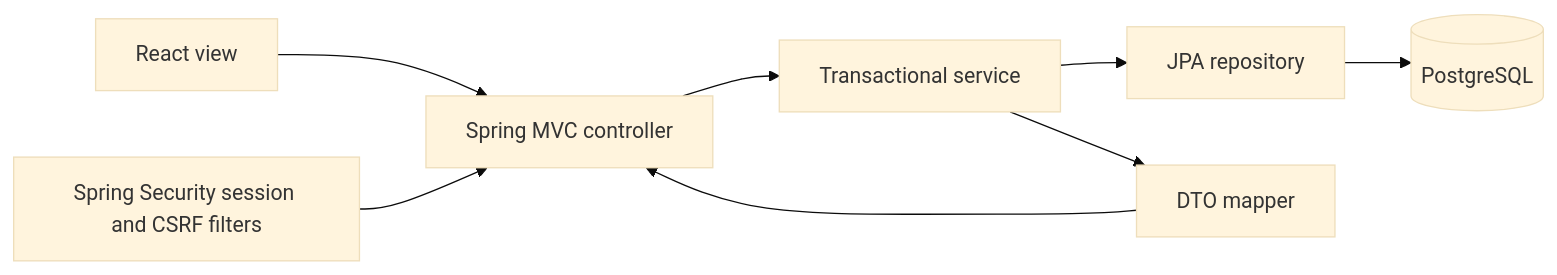
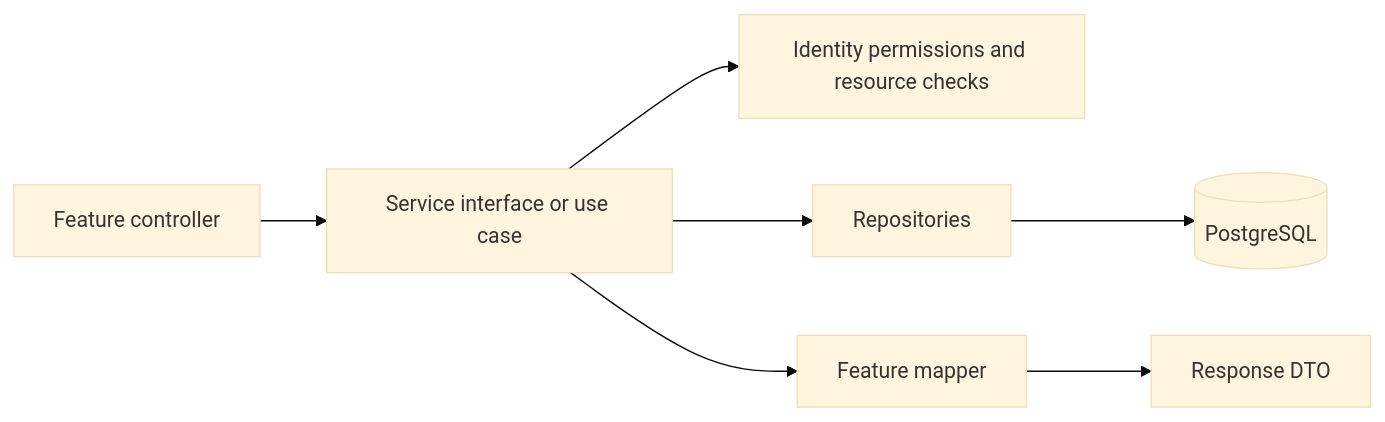
Before and after one commit to sh-sho1kat/Transport-Management-System: the diagram in ARCHITECTURE.md, drawn with Mermaid (base theme). The commit also changed other lines of this file and 266 other files, not shown here.

Commit message:
Refactor application architecture

````diff
--- a/ARCHITECTURE.md
+++ b/ARCHITECTURE.md
@@ -27,10 +50,9 @@
 ```mermaid
 flowchart LR
-  UI[React view] --> C[Spring MVC controller]
-  C --> S[Transactional service]
-  S --> R[JPA repository]
-  R --> P[(PostgreSQL)]
-  S --> M[DTO mapper]
-  M --> C
-  SEC[Spring Security session and CSRF filters] --> C
+    HTTP[Feature controller] --> API[Service interface or use case]
+    API --> Policy[Identity permissions and resource checks]
+    API --> Repo[Repositories]
+    Repo --> DB[(PostgreSQL)]
+    API --> Mapper[Feature mapper]
+    Mapper --> DTO[Response DTO]
 ```
````
